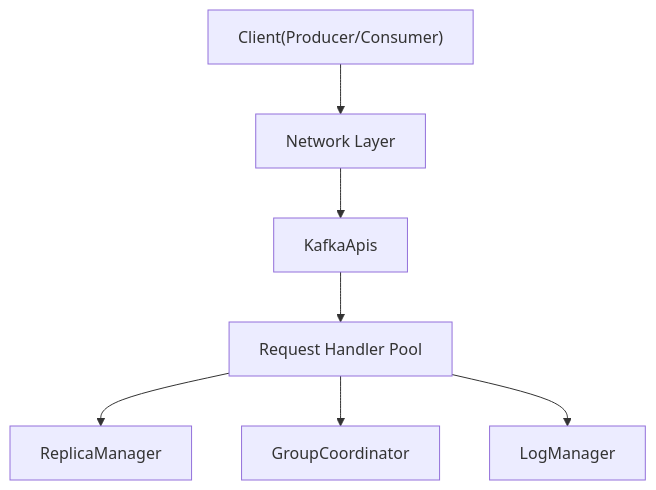
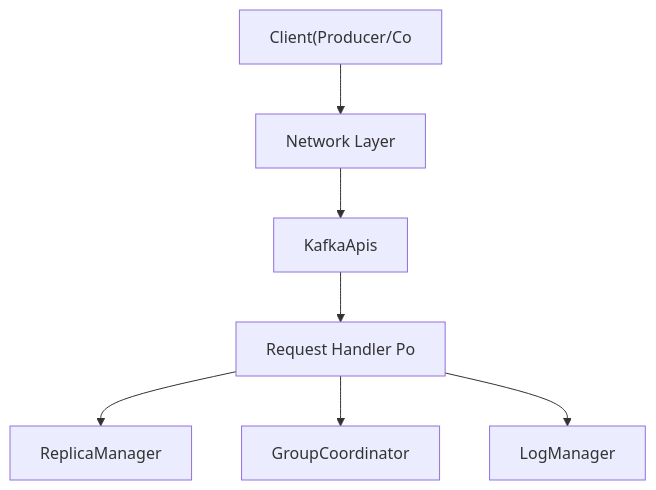
One commit to yjkim2015/yjkim2015.github.io changed the second of 8 diagrams in _posts/kafka/2026-05-01-kafka-broker-deep.md. Above: the diagram before and after it, drawn with Mermaid. The commit also changed other lines of this file and 271 other files, not shown here.

First line of the commit message:
Mermaid 라벨 축소: 긴 노드 텍스트 18자 이하로 트림 + \n 제거

````diff
--- a/_posts/kafka/2026-05-01-kafka-broker-deep.md
+++ b/_posts/kafka/2026-05-01-kafka-broker-deep.md
@@ -47,8 +47,8 @@
 ```mermaid
 flowchart TD
-    CLIENT["Client(Producer/Consumer)"] --> NET["Network Layer"]
-    NET --> API["KafkaApis"] --> POOL["Request Handler Pool"]
+    CLIENT["Client(Producer/Co"] --> NET["Network Layer"]
+    NET --> API["KafkaApis"] --> POOL["Request Handler Po"]
     POOL --> RM["ReplicaManager"]
     POOL --> GC["GroupCoordinator"]
     POOL --> LM["LogManager"]
 ```
````
